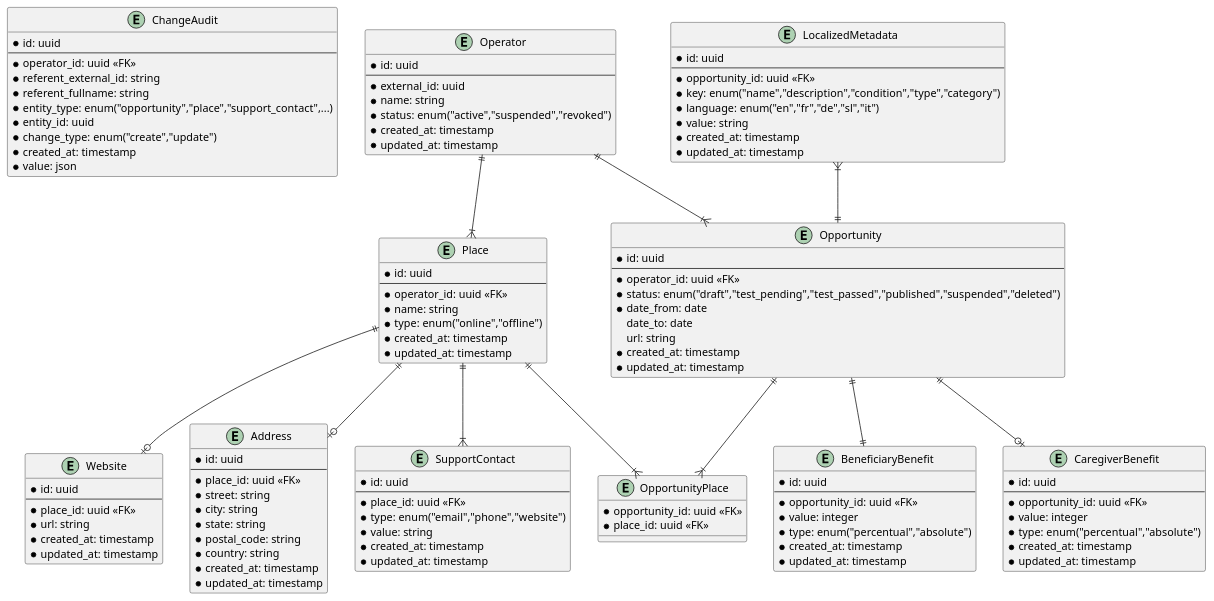
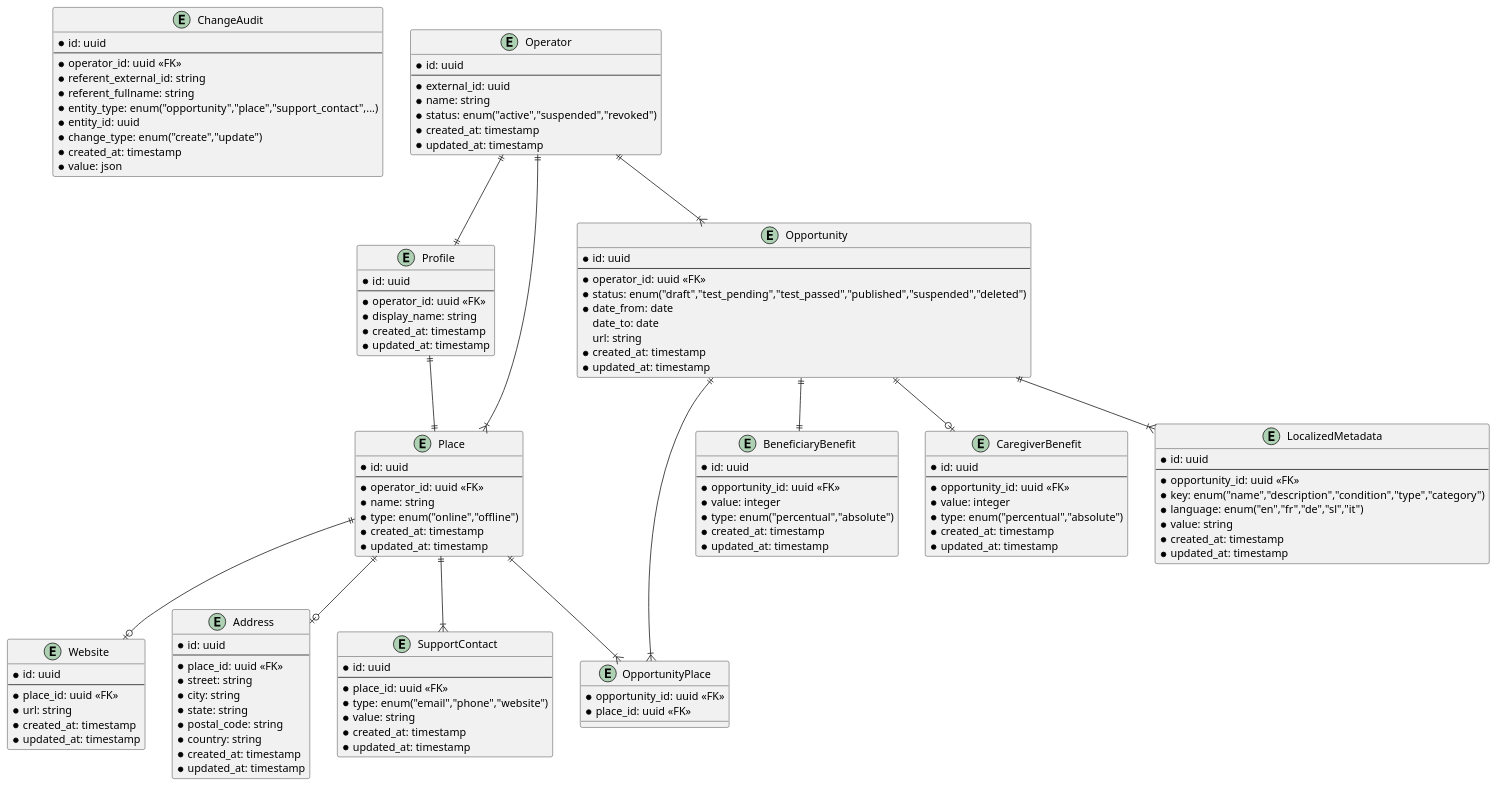
One commit to pagopa/io-growth changed the diagram in docs/backoffice/er.puml. Above: the diagram before and after it, drawn with PlantUML.

Commit message:
(doc): added profile

```diff
--- a/docs/backoffice/er.puml
+++ b/docs/backoffice/er.puml
@@ -1,127 +1,138 @@
 @startuml ced_er_diagram
 
 entity ChangeAudit {
     * id: uuid
     --
     * operator_id: uuid <<FK>>
     * referent_external_id: string
     * referent_fullname: string
     * entity_type: enum("opportunity","place","support_contact",...)
     * entity_id: uuid
     * change_type: enum("create","update")
     * created_at: timestamp
     * value: json
 }
 
 entity Operator {
     * id: uuid
     --
     * external_id: uuid
     * name: string
     * status: enum("active","suspended","revoked")
+    * created_at: timestamp
+    * updated_at: timestamp
+}
+
+entity Profile {
+    * id: uuid
+    --
+    * operator_id: uuid <<FK>>
+    * display_name: string
     * created_at: timestamp
     * updated_at: timestamp
 }
 
 entity Place {
     * id: uuid
     --
     * operator_id: uuid <<FK>>
     * name: string
     * type: enum("online","offline")
     * created_at: timestamp
     * updated_at: timestamp
 }
 
 entity Website {
     * id: uuid
     --
     * place_id: uuid <<FK>>
     * url: string
     * created_at: timestamp
     * updated_at: timestamp
 }
 
 entity Address {
     * id: uuid
     --
     * place_id: uuid <<FK>>
     * street: string
     * city: string
     * state: string
     * postal_code: string
     * country: string
     * created_at: timestamp
     * updated_at: timestamp
 }
 
 entity SupportContact {
     * id: uuid
     --
     * place_id: uuid <<FK>>
     * type: enum("email","phone","website")
     * value: string
     * created_at: timestamp
     * updated_at: timestamp
 }
 
 entity OpportunityPlace {
     * opportunity_id: uuid <<FK>>
     * place_id: uuid <<FK>>
 }
 
 entity Opportunity {
     * id: uuid
     --
     * operator_id: uuid <<FK>>
     * status: enum("draft","test_pending","test_passed","published","suspended","deleted")
     * date_from: date
     date_to: date
     url: string
     * created_at: timestamp
     * updated_at: timestamp
 }
 
 entity BeneficiaryBenefit {
     * id: uuid
     --
     * opportunity_id: uuid <<FK>>
     * value: integer
     * type: enum("percentual","absolute")
     * created_at: timestamp
     * updated_at: timestamp
 }
 
 entity CaregiverBenefit {
     * id: uuid
     --
     * opportunity_id: uuid <<FK>>
     * value: integer
     * type: enum("percentual","absolute")
     * created_at: timestamp
     * updated_at: timestamp
 }
 
 entity LocalizedMetadata {
     * id: uuid
     --
     * opportunity_id: uuid <<FK>>
     * key: enum("name","description","condition","type","category")
     * language: enum("en","fr","de","sl","it")
     * value: string
     * created_at: timestamp
     * updated_at: timestamp
 }
 
 Operator ||--|{ Place
 Operator ||--|{ Opportunity
+Operator ||--|| Profile
+Profile ||--|| Place
 Place ||--o| Address
 Place ||--o| Website
 Place ||--|{ SupportContact
 Place ||--|{ OpportunityPlace
 Opportunity ||--|{ OpportunityPlace
-LocalizedMetadata }|--|| Opportunity
 Opportunity ||--|| BeneficiaryBenefit
 Opportunity ||--o| CaregiverBenefit
+Opportunity ||--|{ LocalizedMetadata
 
 @enduml
```
